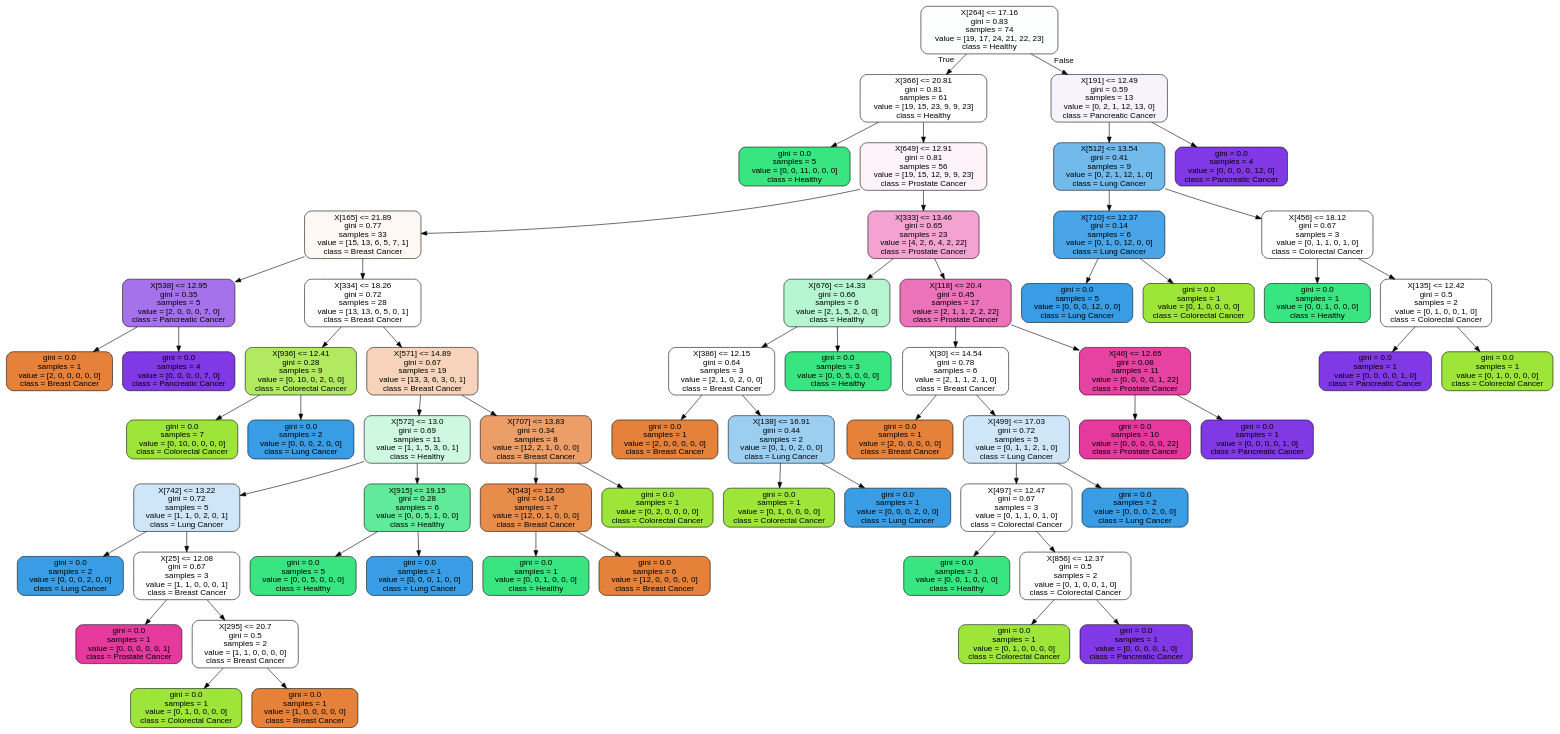
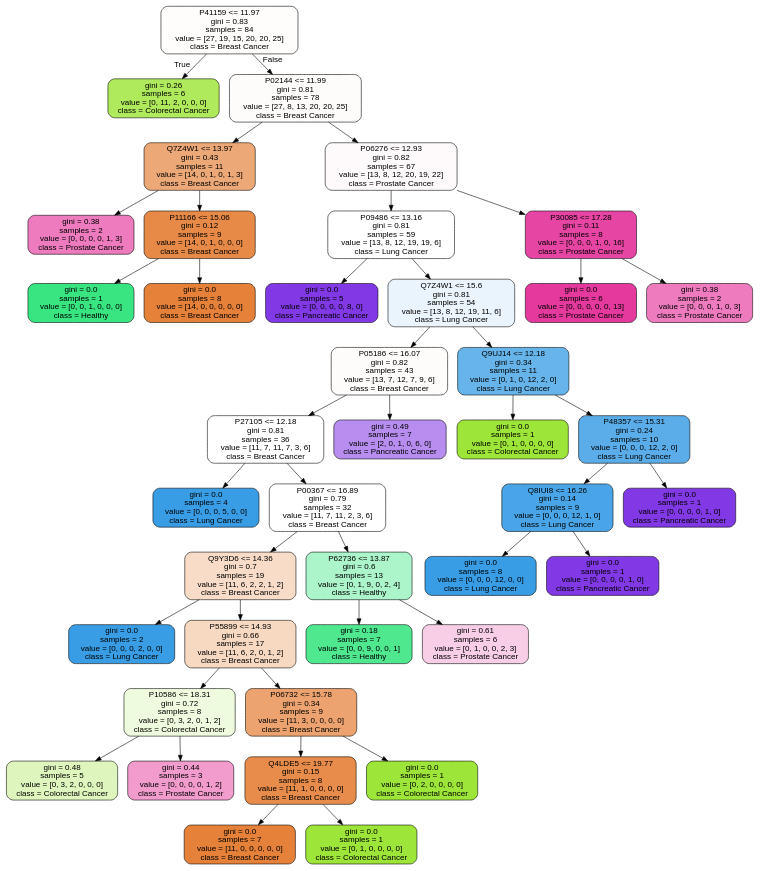
The diagram in tree.dot (cewinharhar/BECS2_dataChallenge), drawn with Graphviz before and after one commit. The commit also changed 3 other files, not shown here.

```diff
--- a/tree.dot
+++ b/tree.dot
@@ -1,125 +1,85 @@
 digraph Tree {
 node [shape=box, style="filled, rounded", color="black", fontname="helvetica"] ;
 edge [fontname="helvetica"] ;
-0 [label="X[264] <= 17.16\ngini = 0.83\nsamples = 74\nvalue = [19, 17, 24, 21, 22, 23]\nclass = Healthy", fillcolor="#fdfffe"] ;
-1 [label="X[366] <= 20.81\ngini = 0.81\nsamples = 61\nvalue = [19, 15, 23, 9, 9, 23]\nclass = Healthy", fillcolor="#ffffff"] ;
+0 [label="P41159 <= 11.97\ngini = 0.83\nsamples = 84\nvalue = [27, 19, 15, 20, 20, 25]\nclass = Breast Cancer", fillcolor="#fefdfb"] ;
+1 [label="gini = 0.26\nsamples = 6\nvalue = [0, 11, 2, 0, 0, 0]\nclass = Colorectal Cancer", fillcolor="#afea5d"] ;
 0 -> 1 [labeldistance=2.5, labelangle=45, headlabel="True"] ;
-2 [label="gini = 0.0\nsamples = 5\nvalue = [0, 0, 11, 0, 0, 0]\nclass = Healthy", fillcolor="#39e581"] ;
-1 -> 2 ;
-3 [label="X[649] <= 12.91\ngini = 0.81\nsamples = 56\nvalue = [19, 15, 12, 9, 9, 23]\nclass = Prostate Cancer", fillcolor="#fdf3f9"] ;
-1 -> 3 ;
-4 [label="X[165] <= 21.89\ngini = 0.77\nsamples = 33\nvalue = [15, 13, 6, 5, 7, 1]\nclass = Breast Cancer", fillcolor="#fdf8f3"] ;
+2 [label="P02144 <= 11.99\ngini = 0.81\nsamples = 78\nvalue = [27, 8, 13, 20, 20, 25]\nclass = Breast Cancer", fillcolor="#fefcfa"] ;
+0 -> 2 [labeldistance=2.5, labelangle=-45, headlabel="False"] ;
+3 [label="Q7Z4W1 <= 13.97\ngini = 0.43\nsamples = 11\nvalue = [14, 0, 1, 0, 1, 3]\nclass = Breast Cancer", fillcolor="#eda877"] ;
+2 -> 3 ;
+4 [label="gini = 0.38\nsamples = 2\nvalue = [0, 0, 0, 0, 1, 3]\nclass = Prostate Cancer", fillcolor="#ee7bbe"] ;
 3 -> 4 ;
-5 [label="X[538] <= 12.95\ngini = 0.35\nsamples = 5\nvalue = [2, 0, 0, 0, 7, 0]\nclass = Pancreatic Cancer", fillcolor="#a572ec"] ;
-4 -> 5 ;
-6 [label="gini = 0.0\nsamples = 1\nvalue = [2, 0, 0, 0, 0, 0]\nclass = Breast Cancer", fillcolor="#e58139"] ;
+5 [label="P11166 <= 15.06\ngini = 0.12\nsamples = 9\nvalue = [14, 0, 1, 0, 0, 0]\nclass = Breast Cancer", fillcolor="#e78a47"] ;
+3 -> 5 ;
+6 [label="gini = 0.0\nsamples = 1\nvalue = [0, 0, 1, 0, 0, 0]\nclass = Healthy", fillcolor="#39e581"] ;
 5 -> 6 ;
-7 [label="gini = 0.0\nsamples = 4\nvalue = [0, 0, 0, 0, 7, 0]\nclass = Pancreatic Cancer", fillcolor="#8139e5"] ;
+7 [label="gini = 0.0\nsamples = 8\nvalue = [14, 0, 0, 0, 0, 0]\nclass = Breast Cancer", fillcolor="#e58139"] ;
 5 -> 7 ;
-8 [label="X[334] <= 18.26\ngini = 0.72\nsamples = 28\nvalue = [13, 13, 6, 5, 0, 1]\nclass = Breast Cancer", fillcolor="#ffffff"] ;
-4 -> 8 ;
-9 [label="X[936] <= 12.41\ngini = 0.28\nsamples = 9\nvalue = [0, 10, 0, 2, 0, 0]\nclass = Colorectal Cancer", fillcolor="#b1ea61"] ;
+8 [label="P06276 <= 12.93\ngini = 0.82\nsamples = 67\nvalue = [13, 8, 12, 20, 19, 22]\nclass = Prostate Cancer", fillcolor="#fefafc"] ;
+2 -> 8 ;
+9 [label="P09486 <= 13.16\ngini = 0.81\nsamples = 59\nvalue = [13, 8, 12, 19, 19, 6]\nclass = Lung Cancer", fillcolor="#ffffff"] ;
 8 -> 9 ;
-10 [label="gini = 0.0\nsamples = 7\nvalue = [0, 10, 0, 0, 0, 0]\nclass = Colorectal Cancer", fillcolor="#9de539"] ;
+10 [label="gini = 0.0\nsamples = 5\nvalue = [0, 0, 0, 0, 8, 0]\nclass = Pancreatic Cancer", fillcolor="#8139e5"] ;
 9 -> 10 ;
-11 [label="gini = 0.0\nsamples = 2\nvalue = [0, 0, 0, 2, 0, 0]\nclass = Lung Cancer", fillcolor="#399de5"] ;
+11 [label="Q7Z4W1 <= 15.6\ngini = 0.81\nsamples = 54\nvalue = [13, 8, 12, 19, 11, 6]\nclass = Lung Cancer", fillcolor="#eaf4fc"] ;
 9 -> 11 ;
-12 [label="X[571] <= 14.89\ngini = 0.67\nsamples = 19\nvalue = [13, 3, 6, 3, 0, 1]\nclass = Breast Cancer", fillcolor="#f6d3ba"] ;
-8 -> 12 ;
-13 [label="X[572] <= 13.0\ngini = 0.69\nsamples = 11\nvalue = [1, 1, 5, 3, 0, 1]\nclass = Healthy", fillcolor="#cef8e0"] ;
+12 [label="P05186 <= 16.07\ngini = 0.82\nsamples = 43\nvalue = [13, 7, 12, 7, 9, 6]\nclass = Breast Cancer", fillcolor="#fefcfa"] ;
+11 -> 12 ;
+13 [label="P27105 <= 12.18\ngini = 0.81\nsamples = 36\nvalue = [11, 7, 11, 7, 3, 6]\nclass = Breast Cancer", fillcolor="#ffffff"] ;
 12 -> 13 ;
-14 [label="X[742] <= 13.22\ngini = 0.72\nsamples = 5\nvalue = [1, 1, 0, 2, 0, 1]\nclass = Lung Cancer", fillcolor="#cee6f8"] ;
+14 [label="gini = 0.0\nsamples = 4\nvalue = [0, 0, 0, 5, 0, 0]\nclass = Lung Cancer", fillcolor="#399de5"] ;
 13 -> 14 ;
-15 [label="gini = 0.0\nsamples = 2\nvalue = [0, 0, 0, 2, 0, 0]\nclass = Lung Cancer", fillcolor="#399de5"] ;
-14 -> 15 ;
-16 [label="X[25] <= 12.08\ngini = 0.67\nsamples = 3\nvalue = [1, 1, 0, 0, 0, 1]\nclass = Breast Cancer", fillcolor="#ffffff"] ;
-14 -> 16 ;
-17 [label="gini = 0.0\nsamples = 1\nvalue = [0, 0, 0, 0, 0, 1]\nclass = Prostate Cancer", fillcolor="#e5399d"] ;
+15 [label="P00367 <= 16.89\ngini = 0.79\nsamples = 32\nvalue = [11, 7, 11, 2, 3, 6]\nclass = Breast Cancer", fillcolor="#ffffff"] ;
+13 -> 15 ;
+16 [label="Q9Y3D6 <= 14.36\ngini = 0.7\nsamples = 19\nvalue = [11, 6, 2, 2, 1, 2]\nclass = Breast Cancer", fillcolor="#f8dcc8"] ;
+15 -> 16 ;
+17 [label="gini = 0.0\nsamples = 2\nvalue = [0, 0, 0, 2, 0, 0]\nclass = Lung Cancer", fillcolor="#399de5"] ;
 16 -> 17 ;
-18 [label="X[295] <= 20.7\ngini = 0.5\nsamples = 2\nvalue = [1, 1, 0, 0, 0, 0]\nclass = Breast Cancer", fillcolor="#ffffff"] ;
+18 [label="P55899 <= 14.93\ngini = 0.66\nsamples = 17\nvalue = [11, 6, 2, 0, 1, 2]\nclass = Breast Cancer", fillcolor="#f7d8c1"] ;
 16 -> 18 ;
-19 [label="gini = 0.0\nsamples = 1\nvalue = [0, 1, 0, 0, 0, 0]\nclass = Colorectal Cancer", fillcolor="#9de539"] ;
+19 [label="P10586 <= 18.31\ngini = 0.72\nsamples = 8\nvalue = [0, 3, 2, 0, 1, 2]\nclass = Colorectal Cancer", fillcolor="#effbde"] ;
 18 -> 19 ;
-20 [label="gini = 0.0\nsamples = 1\nvalue = [1, 0, 0, 0, 0, 0]\nclass = Breast Cancer", fillcolor="#e58139"] ;
-18 -> 20 ;
-21 [label="X[915] <= 19.15\ngini = 0.28\nsamples = 6\nvalue = [0, 0, 5, 1, 0, 0]\nclass = Healthy", fillcolor="#61ea9a"] ;
-13 -> 21 ;
-22 [label="gini = 0.0\nsamples = 5\nvalue = [0, 0, 5, 0, 0, 0]\nclass = Healthy", fillcolor="#39e581"] ;
-21 -> 22 ;
-23 [label="gini = 0.0\nsamples = 1\nvalue = [0, 0, 0, 1, 0, 0]\nclass = Lung Cancer", fillcolor="#399de5"] ;
-21 -> 23 ;
-24 [label="X[707] <= 13.83\ngini = 0.34\nsamples = 8\nvalue = [12, 2, 1, 0, 0, 0]\nclass = Breast Cancer", fillcolor="#eb9e67"] ;
-12 -> 24 ;
-25 [label="X[543] <= 12.05\ngini = 0.14\nsamples = 7\nvalue = [12, 0, 1, 0, 0, 0]\nclass = Breast Cancer", fillcolor="#e78c49"] ;
-24 -> 25 ;
-26 [label="gini = 0.0\nsamples = 1\nvalue = [0, 0, 1, 0, 0, 0]\nclass = Healthy", fillcolor="#39e581"] ;
-25 -> 26 ;
-27 [label="gini = 0.0\nsamples = 6\nvalue = [12, 0, 0, 0, 0, 0]\nclass = Breast Cancer", fillcolor="#e58139"] ;
-25 -> 27 ;
-28 [label="gini = 0.0\nsamples = 1\nvalue = [0, 2, 0, 0, 0, 0]\nclass = Colorectal Cancer", fillcolor="#9de539"] ;
-24 -> 28 ;
-29 [label="X[333] <= 13.46\ngini = 0.65\nsamples = 23\nvalue = [4, 2, 6, 4, 2, 22]\nclass = Prostate Cancer", fillcolor="#f3a2d1"] ;
-3 -> 29 ;
-30 [label="X[676] <= 14.33\ngini = 0.66\nsamples = 6\nvalue = [2, 1, 5, 2, 0, 0]\nclass = Healthy", fillcolor="#b5f5d0"] ;
-29 -> 30 ;
-31 [label="X[386] <= 12.15\ngini = 0.64\nsamples = 3\nvalue = [2, 1, 0, 2, 0, 0]\nclass = Breast Cancer", fillcolor="#ffffff"] ;
-30 -> 31 ;
-32 [label="gini = 0.0\nsamples = 1\nvalue = [2, 0, 0, 0, 0, 0]\nclass = Breast Cancer", fillcolor="#e58139"] ;
+20 [label="gini = 0.48\nsamples = 5\nvalue = [0, 3, 2, 0, 0, 0]\nclass = Colorectal Cancer", fillcolor="#def6bd"] ;
+19 -> 20 ;
+21 [label="gini = 0.44\nsamples = 3\nvalue = [0, 0, 0, 0, 1, 2]\nclass = Prostate Cancer", fillcolor="#f29cce"] ;
+19 -> 21 ;
+22 [label="P06732 <= 15.78\ngini = 0.34\nsamples = 9\nvalue = [11, 3, 0, 0, 0, 0]\nclass = Breast Cancer", fillcolor="#eca36f"] ;
+18 -> 22 ;
+23 [label="Q4LDE5 <= 19.77\ngini = 0.15\nsamples = 8\nvalue = [11, 1, 0, 0, 0, 0]\nclass = Breast Cancer", fillcolor="#e78c4b"] ;
+22 -> 23 ;
+24 [label="gini = 0.0\nsamples = 7\nvalue = [11, 0, 0, 0, 0, 0]\nclass = Breast Cancer", fillcolor="#e58139"] ;
+23 -> 24 ;
+25 [label="gini = 0.0\nsamples = 1\nvalue = [0, 1, 0, 0, 0, 0]\nclass = Colorectal Cancer", fillcolor="#9de539"] ;
+23 -> 25 ;
+26 [label="gini = 0.0\nsamples = 1\nvalue = [0, 2, 0, 0, 0, 0]\nclass = Colorectal Cancer", fillcolor="#9de539"] ;
+22 -> 26 ;
+27 [label="P62736 <= 13.87\ngini = 0.6\nsamples = 13\nvalue = [0, 1, 9, 0, 2, 4]\nclass = Healthy", fillcolor="#acf4ca"] ;
+15 -> 27 ;
+28 [label="gini = 0.18\nsamples = 7\nvalue = [0, 0, 9, 0, 0, 1]\nclass = Healthy", fillcolor="#4fe88f"] ;
+27 -> 28 ;
+29 [label="gini = 0.61\nsamples = 6\nvalue = [0, 1, 0, 0, 2, 3]\nclass = Prostate Cancer", fillcolor="#f8cee6"] ;
+27 -> 29 ;
+30 [label="gini = 0.49\nsamples = 7\nvalue = [2, 0, 1, 0, 6, 0]\nclass = Pancreatic Cancer", fillcolor="#b78ef0"] ;
+12 -> 30 ;
+31 [label="Q9UJ14 <= 12.18\ngini = 0.34\nsamples = 11\nvalue = [0, 1, 0, 12, 2, 0]\nclass = Lung Cancer", fillcolor="#67b4eb"] ;
+11 -> 31 ;
+32 [label="gini = 0.0\nsamples = 1\nvalue = [0, 1, 0, 0, 0, 0]\nclass = Colorectal Cancer", fillcolor="#9de539"] ;
 31 -> 32 ;
-33 [label="X[138] <= 16.91\ngini = 0.44\nsamples = 2\nvalue = [0, 1, 0, 2, 0, 0]\nclass = Lung Cancer", fillcolor="#9ccef2"] ;
+33 [label="P48357 <= 15.31\ngini = 0.24\nsamples = 10\nvalue = [0, 0, 0, 12, 2, 0]\nclass = Lung Cancer", fillcolor="#5aade9"] ;
 31 -> 33 ;
-34 [label="gini = 0.0\nsamples = 1\nvalue = [0, 1, 0, 0, 0, 0]\nclass = Colorectal Cancer", fillcolor="#9de539"] ;
+34 [label="Q8IUI8 <= 16.26\ngini = 0.14\nsamples = 9\nvalue = [0, 0, 0, 12, 1, 0]\nclass = Lung Cancer", fillcolor="#49a5e7"] ;
 33 -> 34 ;
-35 [label="gini = 0.0\nsamples = 1\nvalue = [0, 0, 0, 2, 0, 0]\nclass = Lung Cancer", fillcolor="#399de5"] ;
-33 -> 35 ;
-36 [label="gini = 0.0\nsamples = 3\nvalue = [0, 0, 5, 0, 0, 0]\nclass = Healthy", fillcolor="#39e581"] ;
-30 -> 36 ;
-37 [label="X[118] <= 20.4\ngini = 0.45\nsamples = 17\nvalue = [2, 1, 1, 2, 2, 22]\nclass = Prostate Cancer", fillcolor="#ec72b9"] ;
-29 -> 37 ;
-38 [label="X[30] <= 14.54\ngini = 0.78\nsamples = 6\nvalue = [2, 1, 1, 2, 1, 0]\nclass = Breast Cancer", fillcolor="#ffffff"] ;
-37 -> 38 ;
-39 [label="gini = 0.0\nsamples = 1\nvalue = [2, 0, 0, 0, 0, 0]\nclass = Breast Cancer", fillcolor="#e58139"] ;
+35 [label="gini = 0.0\nsamples = 8\nvalue = [0, 0, 0, 12, 0, 0]\nclass = Lung Cancer", fillcolor="#399de5"] ;
+34 -> 35 ;
+36 [label="gini = 0.0\nsamples = 1\nvalue = [0, 0, 0, 0, 1, 0]\nclass = Pancreatic Cancer", fillcolor="#8139e5"] ;
+34 -> 36 ;
+37 [label="gini = 0.0\nsamples = 1\nvalue = [0, 0, 0, 0, 1, 0]\nclass = Pancreatic Cancer", fillcolor="#8139e5"] ;
+33 -> 37 ;
+38 [label="P30085 <= 17.28\ngini = 0.11\nsamples = 8\nvalue = [0, 0, 0, 1, 0, 16]\nclass = Prostate Cancer", fillcolor="#e745a3"] ;
+8 -> 38 ;
+39 [label="gini = 0.0\nsamples = 6\nvalue = [0, 0, 0, 0, 0, 13]\nclass = Prostate Cancer", fillcolor="#e5399d"] ;
 38 -> 39 ;
-40 [label="X[499] <= 17.03\ngini = 0.72\nsamples = 5\nvalue = [0, 1, 1, 2, 1, 0]\nclass = Lung Cancer", fillcolor="#cee6f8"] ;
+40 [label="gini = 0.38\nsamples = 2\nvalue = [0, 0, 0, 1, 0, 3]\nclass = Prostate Cancer", fillcolor="#ee7bbe"] ;
 38 -> 40 ;
-41 [label="X[497] <= 12.47\ngini = 0.67\nsamples = 3\nvalue = [0, 1, 1, 0, 1, 0]\nclass = Colorectal Cancer", fillcolor="#ffffff"] ;
-40 -> 41 ;
-42 [label="gini = 0.0\nsamples = 1\nvalue = [0, 0, 1, 0, 0, 0]\nclass = Healthy", fillcolor="#39e581"] ;
-41 -> 42 ;
-43 [label="X[856] <= 12.37\ngini = 0.5\nsamples = 2\nvalue = [0, 1, 0, 0, 1, 0]\nclass = Colorectal Cancer", fillcolor="#ffffff"] ;
-41 -> 43 ;
-44 [label="gini = 0.0\nsamples = 1\nvalue = [0, 1, 0, 0, 0, 0]\nclass = Colorectal Cancer", fillcolor="#9de539"] ;
-43 -> 44 ;
-45 [label="gini = 0.0\nsamples = 1\nvalue = [0, 0, 0, 0, 1, 0]\nclass = Pancreatic Cancer", fillcolor="#8139e5"] ;
-43 -> 45 ;
-46 [label="gini = 0.0\nsamples = 2\nvalue = [0, 0, 0, 2, 0, 0]\nclass = Lung Cancer", fillcolor="#399de5"] ;
-40 -> 46 ;
-47 [label="X[46] <= 12.65\ngini = 0.08\nsamples = 11\nvalue = [0, 0, 0, 0, 1, 22]\nclass = Prostate Cancer", fillcolor="#e642a1"] ;
-37 -> 47 ;
-48 [label="gini = 0.0\nsamples = 10\nvalue = [0, 0, 0, 0, 0, 22]\nclass = Prostate Cancer", fillcolor="#e5399d"] ;
-47 -> 48 ;
-49 [label="gini = 0.0\nsamples = 1\nvalue = [0, 0, 0, 0, 1, 0]\nclass = Pancreatic Cancer", fillcolor="#8139e5"] ;
-47 -> 49 ;
-50 [label="X[191] <= 12.49\ngini = 0.59\nsamples = 13\nvalue = [0, 2, 1, 12, 13, 0]\nclass = Pancreatic Cancer", fillcolor="#f7f3fd"] ;
-0 -> 50 [labeldistance=2.5, labelangle=-45, headlabel="False"] ;
-51 [label="X[512] <= 13.54\ngini = 0.41\nsamples = 9\nvalue = [0, 2, 1, 12, 1, 0]\nclass = Lung Cancer", fillcolor="#72b9ec"] ;
-50 -> 51 ;
-52 [label="X[710] <= 12.37\ngini = 0.14\nsamples = 6\nvalue = [0, 1, 0, 12, 0, 0]\nclass = Lung Cancer", fillcolor="#49a5e7"] ;
-51 -> 52 ;
-53 [label="gini = 0.0\nsamples = 5\nvalue = [0, 0, 0, 12, 0, 0]\nclass = Lung Cancer", fillcolor="#399de5"] ;
-52 -> 53 ;
-54 [label="gini = 0.0\nsamples = 1\nvalue = [0, 1, 0, 0, 0, 0]\nclass = Colorectal Cancer", fillcolor="#9de539"] ;
-52 -> 54 ;
-55 [label="X[456] <= 18.12\ngini = 0.67\nsamples = 3\nvalue = [0, 1, 1, 0, 1, 0]\nclass = Colorectal Cancer", fillcolor="#ffffff"] ;
-51 -> 55 ;
-56 [label="gini = 0.0\nsamples = 1\nvalue = [0, 0, 1, 0, 0, 0]\nclass = Healthy", fillcolor="#39e581"] ;
-55 -> 56 ;
-57 [label="X[135] <= 12.42\ngini = 0.5\nsamples = 2\nvalue = [0, 1, 0, 0, 1, 0]\nclass = Colorectal Cancer", fillcolor="#ffffff"] ;
-55 -> 57 ;
-58 [label="gini = 0.0\nsamples = 1\nvalue = [0, 0, 0, 0, 1, 0]\nclass = Pancreatic Cancer", fillcolor="#8139e5"] ;
-57 -> 58 ;
-59 [label="gini = 0.0\nsamples = 1\nvalue = [0, 1, 0, 0, 0, 0]\nclass = Colorectal Cancer", fillcolor="#9de539"] ;
-57 -> 59 ;
-60 [label="gini = 0.0\nsamples = 4\nvalue = [0, 0, 0, 0, 12, 0]\nclass = Pancreatic Cancer", fillcolor="#8139e5"] ;
-50 -> 60 ;
 }
```
